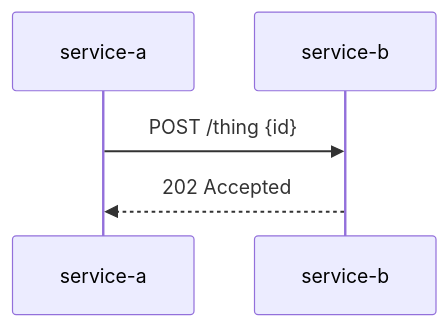
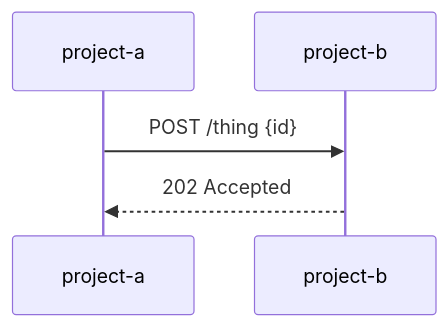
Before and after one commit to zero4573/claude-tickets: the diagram in assets/vault-scaffold/templates/sequence.md, drawn with Mermaid. The commit also changed other lines of this file and 16 other files, not shown here.

````diff
--- a/assets/vault-scaffold/templates/sequence.md
+++ b/assets/vault-scaffold/templates/sequence.md
@@ -15,7 +15,7 @@
 ```mermaid
 sequenceDiagram
-    participant A as service-a
-    participant B as service-b
+    participant A as project-a
+    participant B as project-b
     A->>B: POST /thing {id}
     B-->>A: 202 Accepted
 ```
````
